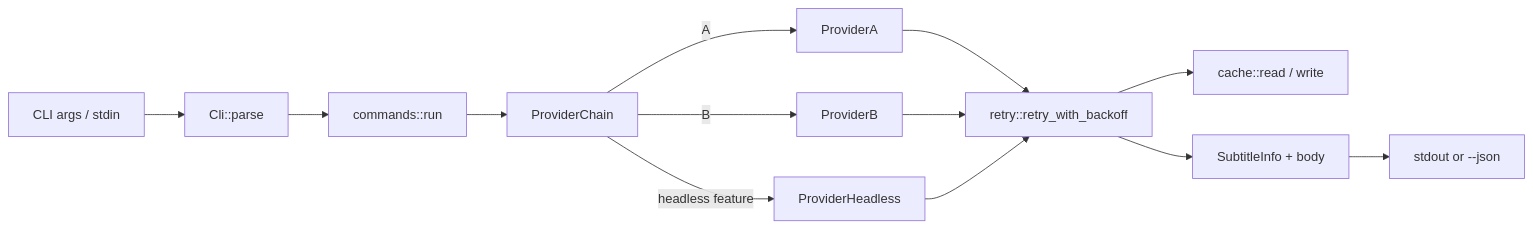
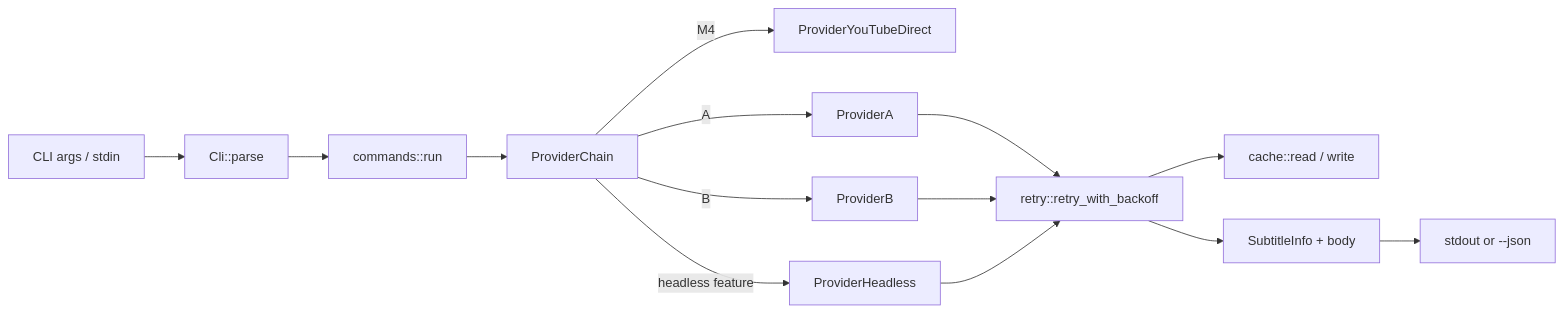
One commit to daniloaguiarbr/youtube-legend-cli changed the diagram in docs/ARCHITECTURE.md. Above: the diagram before and after it, drawn with Mermaid. The commit also changed other lines of this file and 64 other files, not shown here.

First line of the commit message:
release(v0.3.0): ProviderYouTubeDirect (GAP-001 M1-M5+M3.5)

````diff
--- a/docs/ARCHITECTURE.md
+++ b/docs/ARCHITECTURE.md
@@ -15,15 +15,16 @@
 ```mermaid
 flowchart LR
   A[CLI args / stdin] --> B[Cli::parse]
   B --> C[commands::run]
   C --> D[ProviderChain]
+  D -->|M4| Y[ProviderYouTubeDirect]
   D -->|A| E[ProviderA]
   D -->|B| F[ProviderB]
   D -->|headless feature| G[ProviderHeadless]
   E --> H[retry::retry_with_backoff]
   F --> H
   G --> H
   H --> I[cache::read / write]
   H --> J[SubtitleInfo + body]
   J --> K[stdout or --json]
 ```
````
